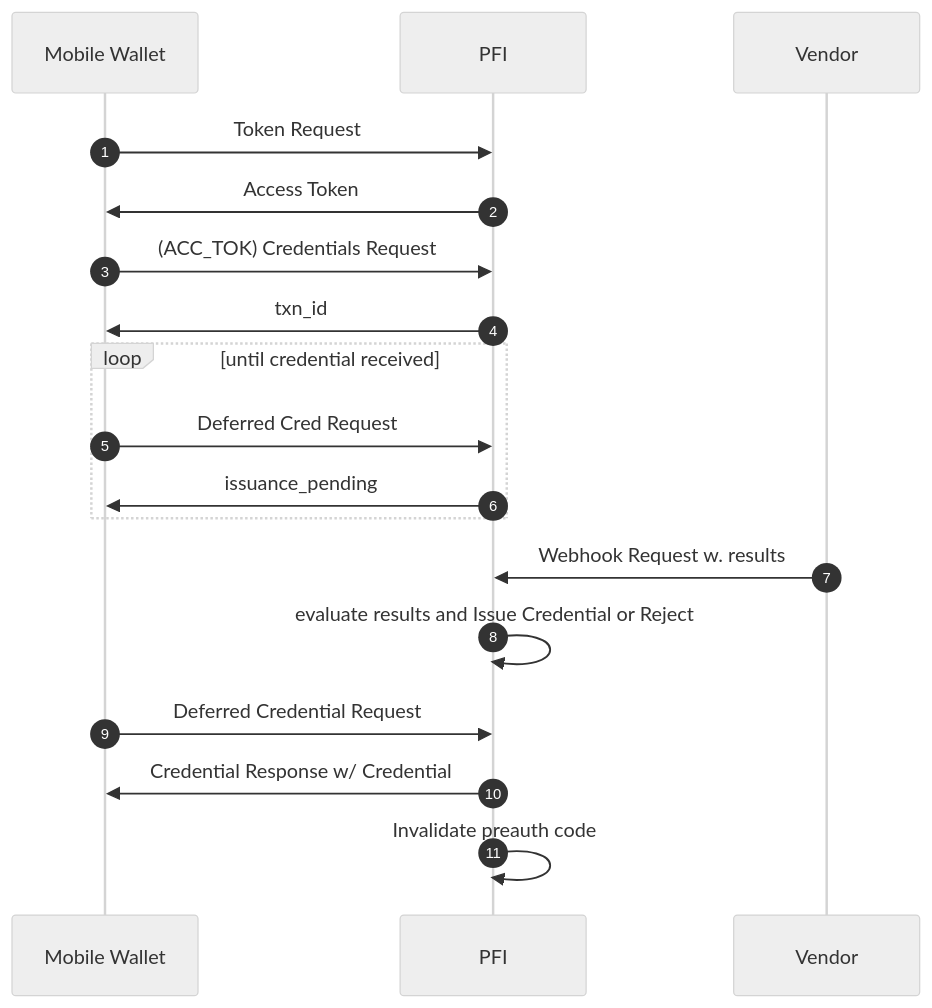
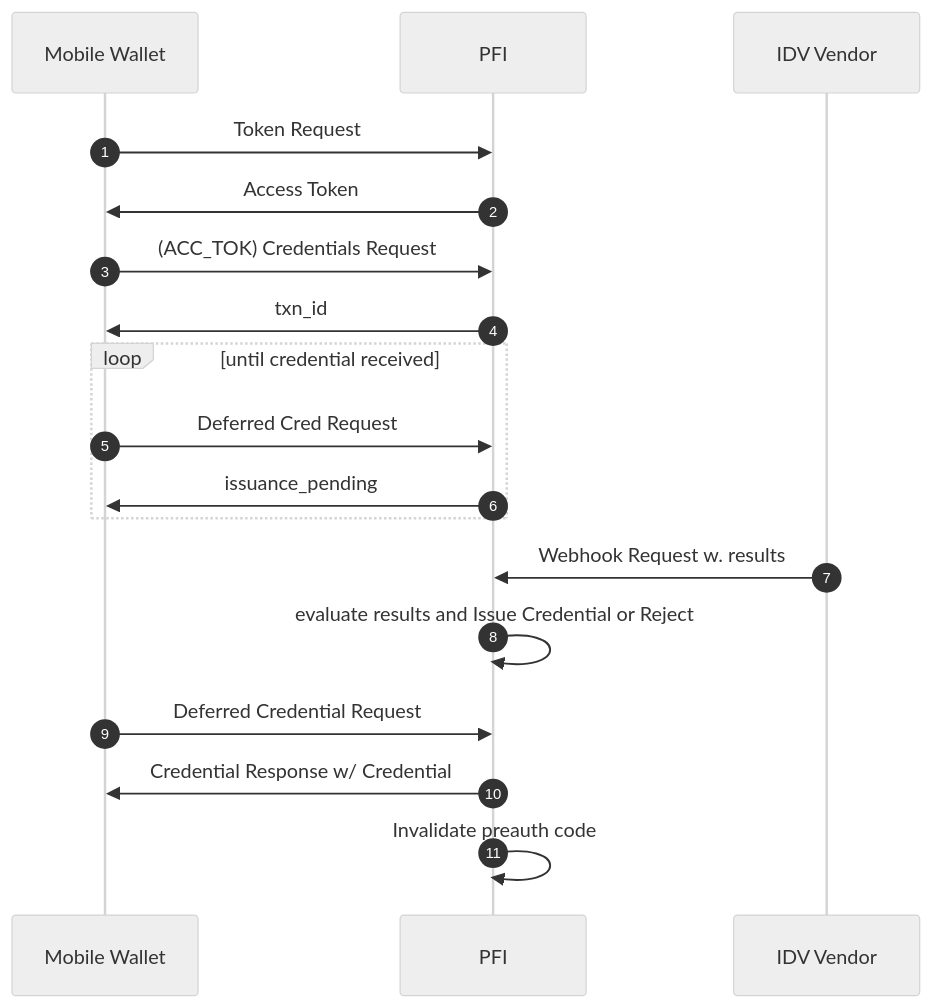
The fourth of 4 diagrams in README.md (TBD54566975/known-customer-credential), drawn with Mermaid (neutral theme) before and after one commit. The commit also changed other lines of this file, not shown here.

Commit message:
IDV Vendor instead of Vendor

````diff
--- a/README.md
+++ b/README.md
@@ -325,23 +325,23 @@
 ```mermaid
 sequenceDiagram
 autonumber
 
 participant D as Mobile Wallet
 participant P as PFI
-participant V as Vendor
+participant V as IDV Vendor
 
 D->>P: Token Request
 P->>D: Access Token
 D->>P: (ACC_TOK) Credentials Request
 P->>D: txn_id
 
 loop until credential received
     D->>P: Deferred Cred Request
     P->>D: issuance_pending
 end
 V->>P: Webhook Request w. results
 P->>P: evaluate results and Issue Credential or Reject
 D->>P: Deferred Credential Request
 P->>D: Credential Response w/ Credential
 P->>P: Invalidate preauth code
 ```
````
